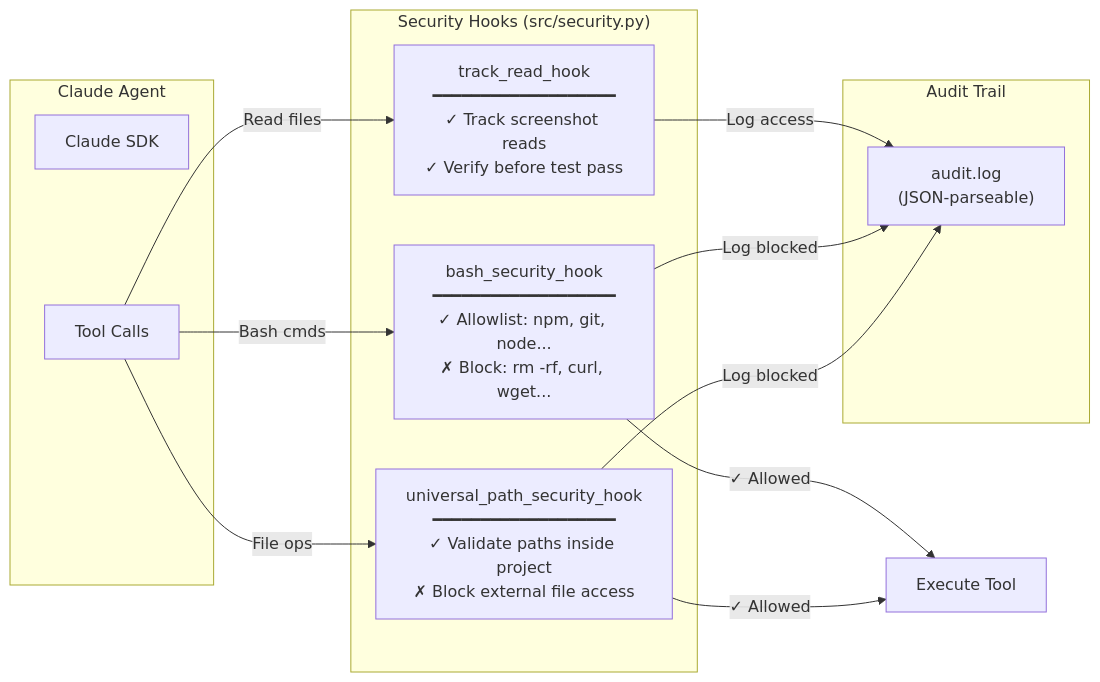
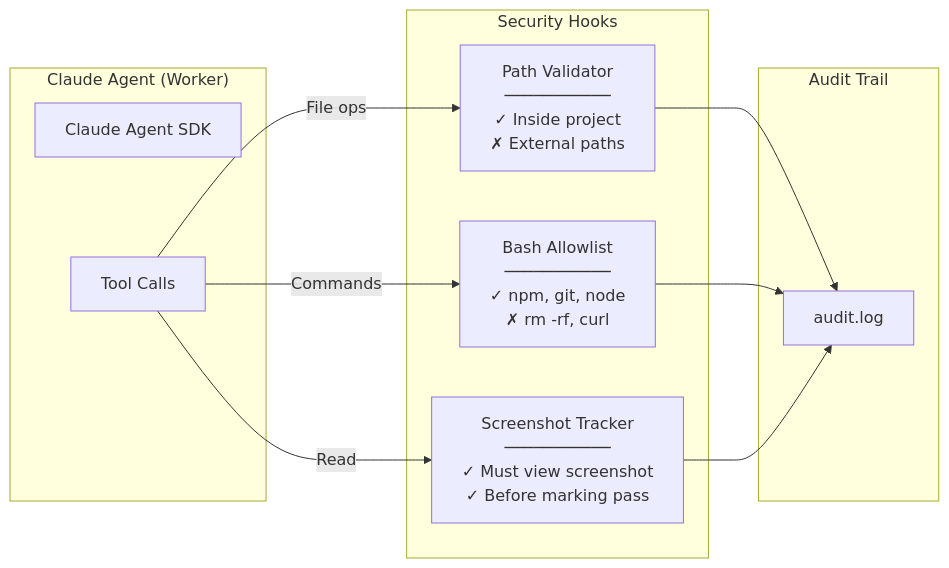
The sixth of 6 diagrams in README.md (jawhnycooke/riv2025-long-horizon-coding-agent-demo), drawn with Mermaid before and after one commit. The commit also changed other lines of this file and 26 other files, not shown here.

First line of the commit message:
refactor: Two-container ECS/Fargate architecture

````diff
--- a/README.md
+++ b/README.md
@@ -116,28 +182,25 @@
 ```mermaid
 flowchart LR
-    subgraph Agent["Claude Agent"]
-        SDK["Claude SDK"]
+    subgraph Agent["Claude Agent (Worker)"]
+        SDK["Claude Agent SDK"]
         Tools["Tool Calls"]
     end
 
-    subgraph Hooks["Security Hooks (src/security.py)"]
-        PathHook["universal_path_security_hook<br/>━━━━━━━━━━━━━━━━━━━<br/>✓ Validate paths inside project<br/>✗ Block external file access"]
-        BashHook["bash_security_hook<br/>━━━━━━━━━━━━━━━━━━━<br/>✓ Allowlist: npm, git, node...<br/>✗ Block: rm -rf, curl, wget..."]
-        TestHook["track_read_hook<br/>━━━━━━━━━━━━━━━━━━━<br/>✓ Track screenshot reads<br/>✓ Verify before test pass"]
+    subgraph Hooks["Security Hooks"]
+        PathHook["Path Validator<br/>───────────<br/>✓ Inside project<br/>✗ External paths"]
+        BashHook["Bash Allowlist<br/>───────────<br/>✓ npm, git, node<br/>✗ rm -rf, curl"]
+        TestHook["Screenshot Tracker<br/>───────────<br/>✓ Must view screenshot<br/>✓ Before marking pass"]
     end
 
     subgraph Audit["Audit Trail"]
-        AuditLog["audit.log<br/>(JSON-parseable)"]
+        Log["audit.log"]
     end
 
     Tools -->|"File ops"| PathHook
-    Tools -->|"Bash cmds"| BashHook
-    Tools -->|"Read files"| TestHook
+    Tools -->|"Commands"| BashHook
+    Tools -->|"Read"| TestHook
 
-    PathHook -->|"Log blocked"| AuditLog
-    BashHook -->|"Log blocked"| AuditLog
-    TestHook -->|"Log access"| AuditLog
-
-    PathHook -->|"✓ Allowed"| Execute["Execute Tool"]
-    BashHook -->|"✓ Allowed"| Execute
+    PathHook --> Log
+    BashHook --> Log
+    TestHook --> Log
 ```
````
